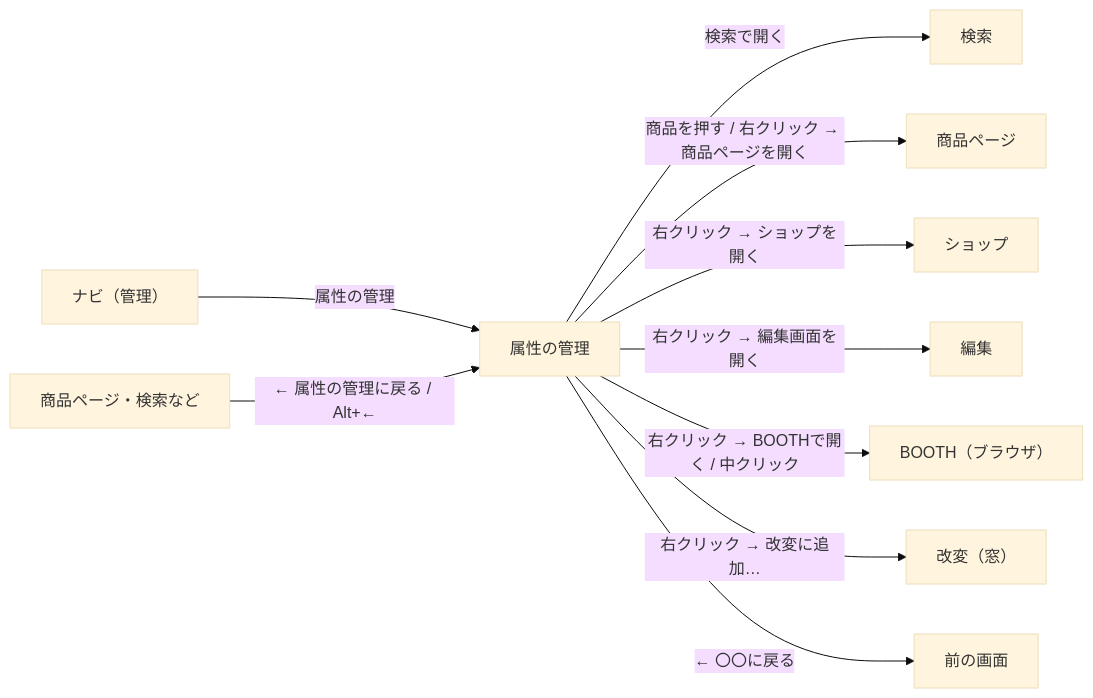
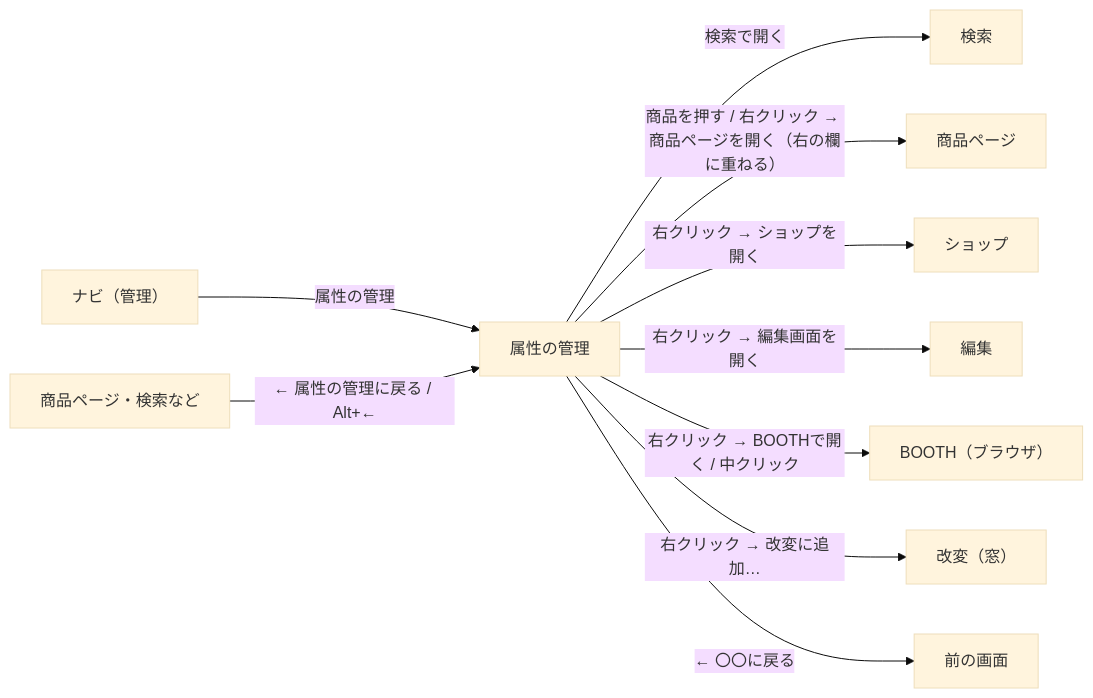
One commit to kumo-mayu/chmonos changed the diagram in docs/dev/ui-paths/attributes.md. Above: the diagram before and after it, drawn with Mermaid (base theme). The commit also changed other lines of this file and 24 other files, not shown here.

````diff
--- a/docs/dev/ui-paths/attributes.md
+++ b/docs/dev/ui-paths/attributes.md
@@ -84,12 +84,12 @@
 ```mermaid
 flowchart LR
   Nav["ナビ（管理）"] -->|"属性の管理"| A["属性の管理"]
   Other["商品ページ・検索など"] -->|"← 属性の管理に戻る / Alt+←"| A
   A -->|"検索で開く"| S["検索"]
-  A -->|"商品を押す / 右クリック → 商品ページを開く"| P["商品ページ"]
+  A -->|"商品を押す / 右クリック → 商品ページを開く（右の欄に重ねる）"| P["商品ページ"]
   A -->|"右クリック → ショップを開く"| Sh["ショップ"]
   A -->|"右クリック → 編集画面を開く"| E["編集"]
   A -->|"右クリック → BOOTHで開く / 中クリック"| B["BOOTH（ブラウザ）"]
   A -->|"右クリック → 改変に追加…"| M["改変（窓）"]
   A -->|"← 〇〇に戻る"| Prev["前の画面"]
 ```
````
